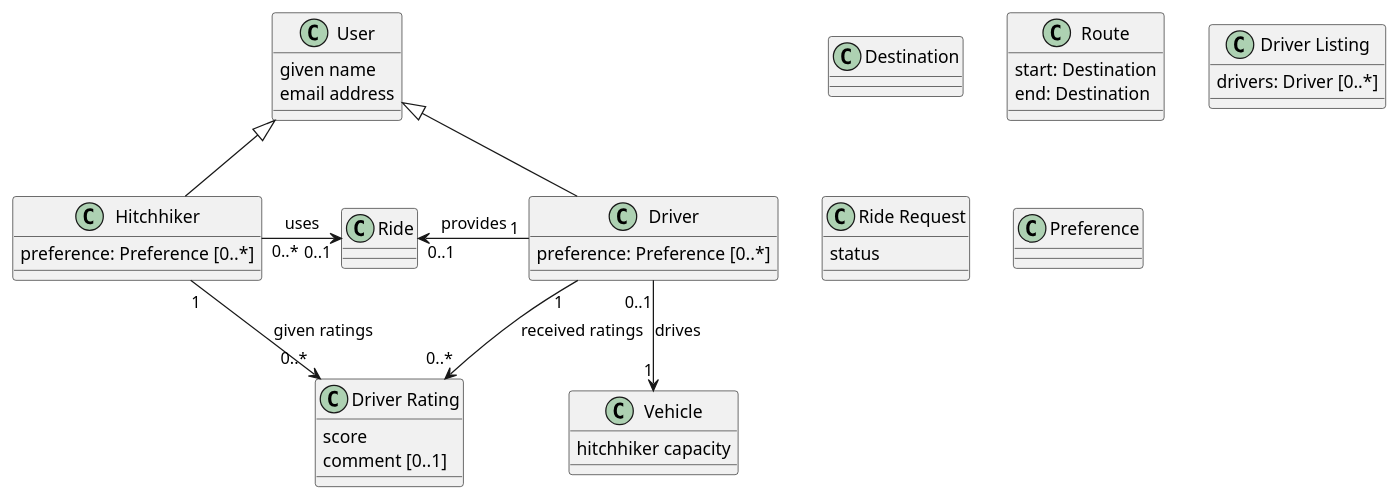
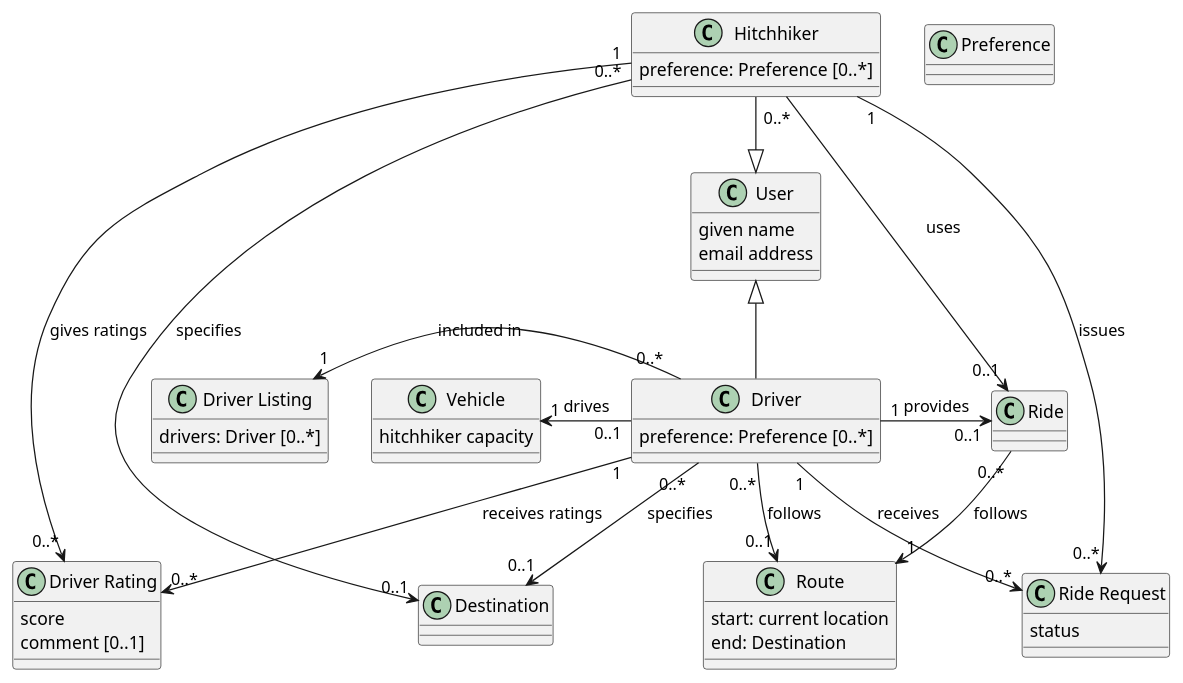
The diagram in documentation/uml/uml-class-diagram.plantuml (Kruchji/NSWI041), drawn with PlantUML before and after one commit. The commit also changed 1 other file, not shown here.

Commit message:
Update class diagram

```diff
--- a/documentation/uml/uml-class-diagram.plantuml
+++ b/documentation/uml/uml-class-diagram.plantuml
@@ -1,60 +1,68 @@
-@startuml uml-class-diagram
-
+@startuml
 class User {
     given name
     email address
 }
 
 class Hitchhiker {
     preference: Preference [0..*]
 }
 
 class Driver {
     preference: Preference [0..*]
 }
 
 class Vehicle {
     hitchhiker capacity
 }
 
 class Ride {
 
 }
 
 class Destination {
 }
 
 class "Driver Rating" as DriverRating {
     score
     comment [0..1]
 }
 
 class Route {
-    start: Destination
+    start: current location
     end: Destination
 }
 
 class "Driver Listing" as DriverListing {
     drivers: Driver [0..*]
 }
 
 class "Ride Request" as RideRequest {
     status
 }
 
 class Preference {
 
 }
 
 Driver -u-|> User
-Hitchhiker -u-|> User
+Hitchhiker -d-|> User
 
-Driver "1" --> "0..*" DriverRating : received ratings
-Hitchhiker "1" --> "0..*" DriverRating : given ratings
+Driver "1" --> "0..*" DriverRating : receives ratings
+Hitchhiker "1" --> "0..*" DriverRating : gives ratings
 
-Driver "1" -l-> "0..1" Ride : provides
+Driver "1" --> "0..*" RideRequest : receives
+Hitchhiker "1" --> "0..*" RideRequest : issues
+
+Driver "1" -r-> "0..1" Ride : provides
 Hitchhiker "0..*" -r-> "0..1" Ride : uses
 
-Driver "0..1" --> "1" Vehicle : drives
+Driver "0..1" -l-> "1" Vehicle : drives
+Driver "0..*" --> "0..1" Destination : specifies
+Driver "0..*" --> "0..1" Route : follows
+Driver "0..*" -l-> "1" DriverListing : included in
 
+Hitchhiker "0..*" --> "0..1" Destination : specifies
+
+Ride "0..*" --> "1" Route : follows
 @enduml
```
